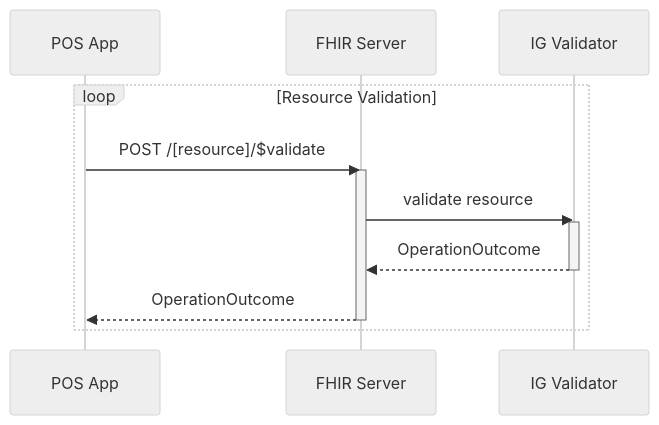
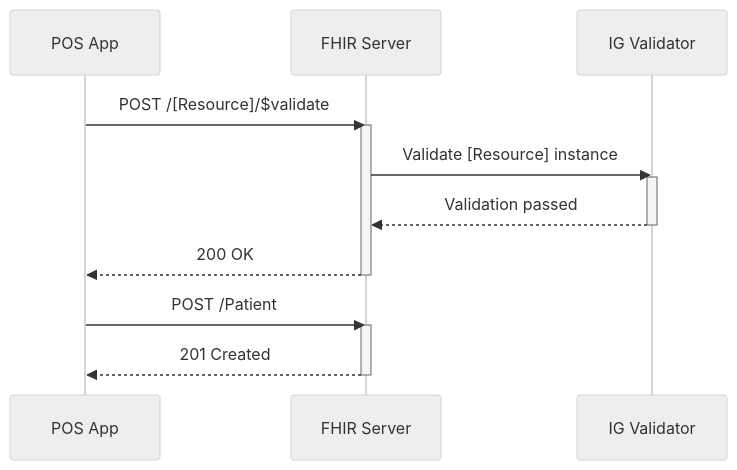
One commit to upmsilab/2025JuneFHIRConnectathon changed the first of 2 diagrams in track-1/README.md. Above: the diagram before and after it, drawn with Mermaid (neutral theme). The commit also changed other lines of this file, not shown here.

````diff
--- a/track-1/README.md
+++ b/track-1/README.md
@@ -40,13 +79,20 @@
 ```mermaid
 sequenceDiagram
-loop Resource Validation
-POS App->>FHIR Server: POST /[resource]/$validate
+participant POS App
+participant FHIR Server
+participant IG Validator
+
+POS App->>FHIR Server: POST /[Resource]/$validate
 activate FHIR Server
-FHIR Server->>IG Validator: validate resource
+FHIR Server->>IG Validator: Validate [Resource] instance
 activate IG Validator
-IG Validator-->>FHIR Server: OperationOutcome
+IG Validator-->>FHIR Server: Validation passed
 deactivate IG Validator
-FHIR Server-->>POS App: OperationOutcome
+FHIR Server-->>POS App: 200 OK
 deactivate FHIR Server
-end
+
+POS App->>FHIR Server: POST /Patient
+activate FHIR Server
+FHIR Server-->>POS App: 201 Created
+deactivate FHIR Server
 ```
````
